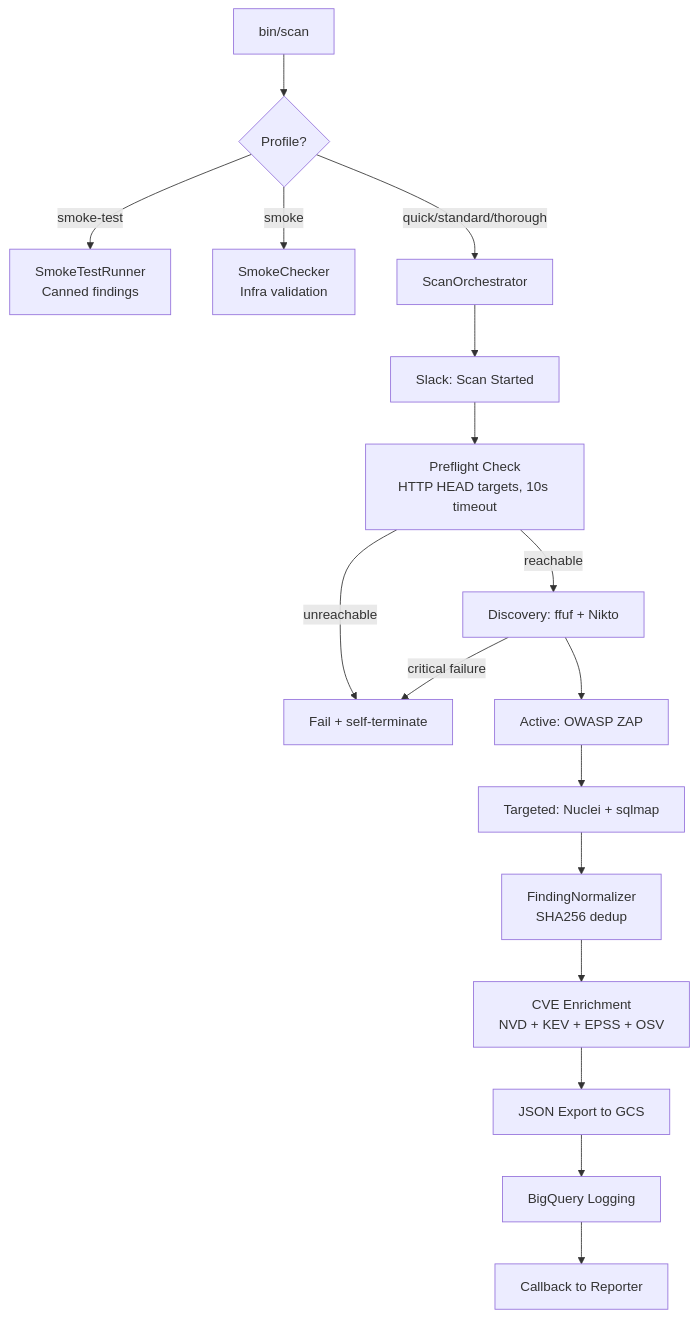
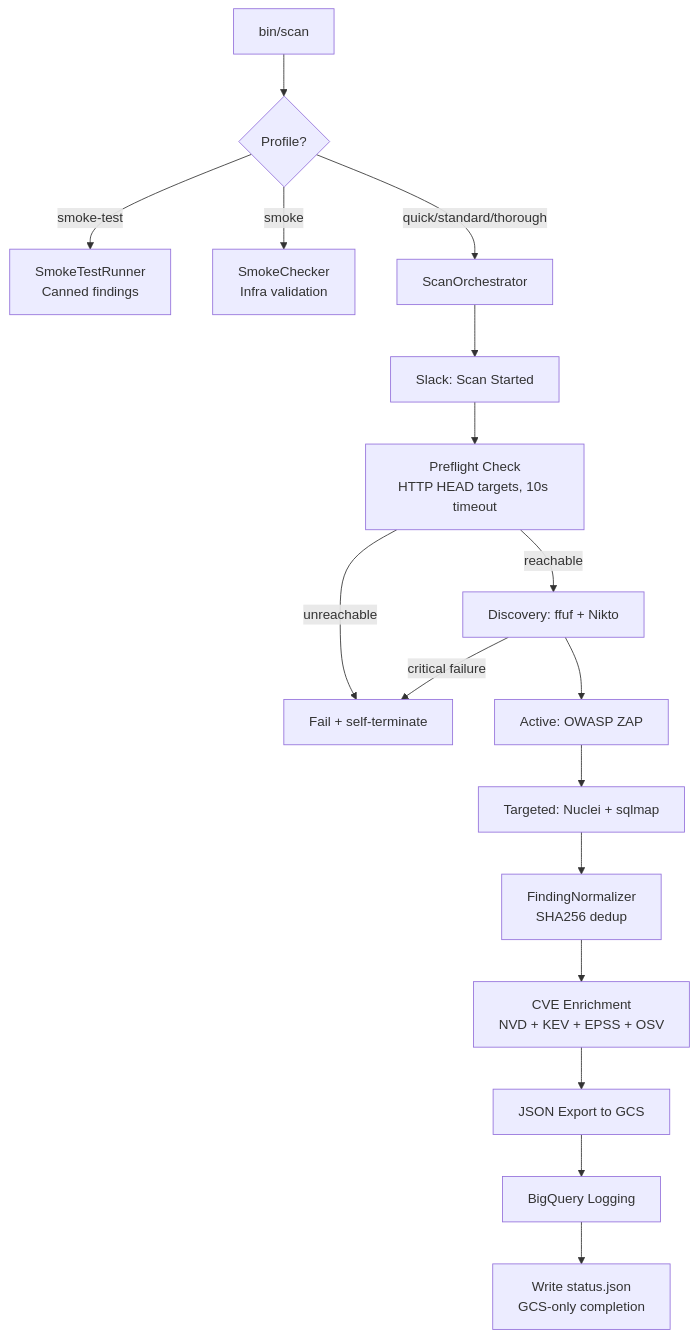
Before and after one commit to Peregrine-Technology-Systems/peregrine-penetrator-scanner: the second of 3 diagrams in README.md, drawn with Mermaid. The commit also changed other lines of this file and 1 other file, not shown here.

````diff
--- a/README.md
+++ b/README.md
@@ -52,20 +41,20 @@
 ```mermaid
 flowchart TD
     A[bin/scan] --> B{Profile?}
     B -->|smoke-test| C[SmokeTestRunner<br/>Canned findings]
     B -->|smoke| D[SmokeChecker<br/>Infra validation]
     B -->|quick/standard/thorough| E[ScanOrchestrator]
 
     E --> N[Slack: Scan Started]
     N --> P[Preflight Check<br/>HTTP HEAD targets, 10s timeout]
     P -->|unreachable| X[Fail + self-terminate]
     P -->|reachable| F[Discovery: ffuf + Nikto]
     F -->|critical failure| X
     F --> G[Active: OWASP ZAP]
     G --> H[Targeted: Nuclei + sqlmap]
     H --> I[FindingNormalizer<br/>SHA256 dedup]
     I --> J[CVE Enrichment<br/>NVD + KEV + EPSS + OSV]
     J --> K[JSON Export to GCS]
     K --> L[BigQuery Logging]
-    L --> M[Callback to Reporter]
+    L --> M[Write status.json<br/>GCS-only completion]
 ```
````
